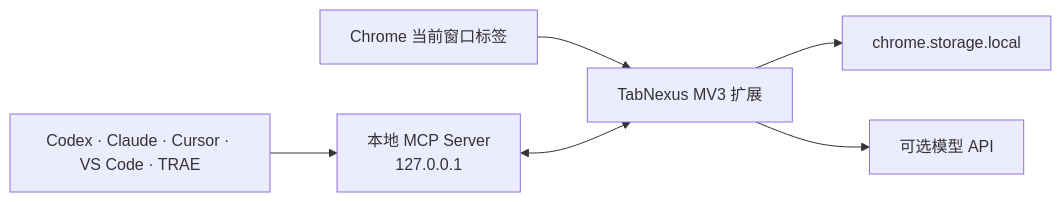
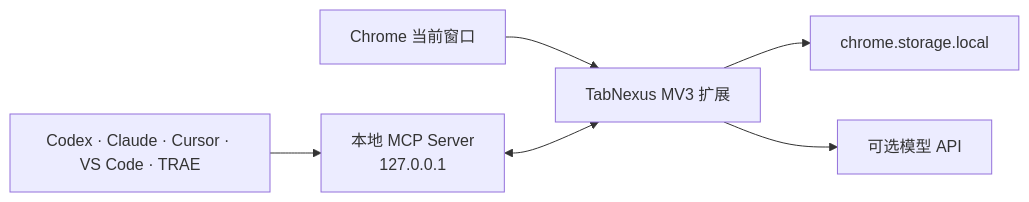
Before and after one commit to KaichenCurry/TabNexus: the third of 3 diagrams in README.md, drawn with Mermaid. The commit also changed other lines of this file and 1 other file, not shown here.

Commit message:
Clarify TabNexus product story and onboarding (#14)

````diff
--- a/README.md
+++ b/README.md
@@ -238,8 +214,8 @@
 ```mermaid
 flowchart LR
-    Chrome["Chrome 当前窗口标签"] --> Extension["TabNexus MV3 扩展"]
+    Chrome["Chrome 当前窗口"] --> Extension["TabNexus MV3 扩展"]
     Extension --> Storage["chrome.storage.local"]
     Extension --> Provider["可选模型 API"]
     Agent["Codex · Claude · Cursor · VS Code · TRAE"] --> MCP["本地 MCP Server<br/>127.0.0.1"]
     MCP <--> Extension
 ```
````
